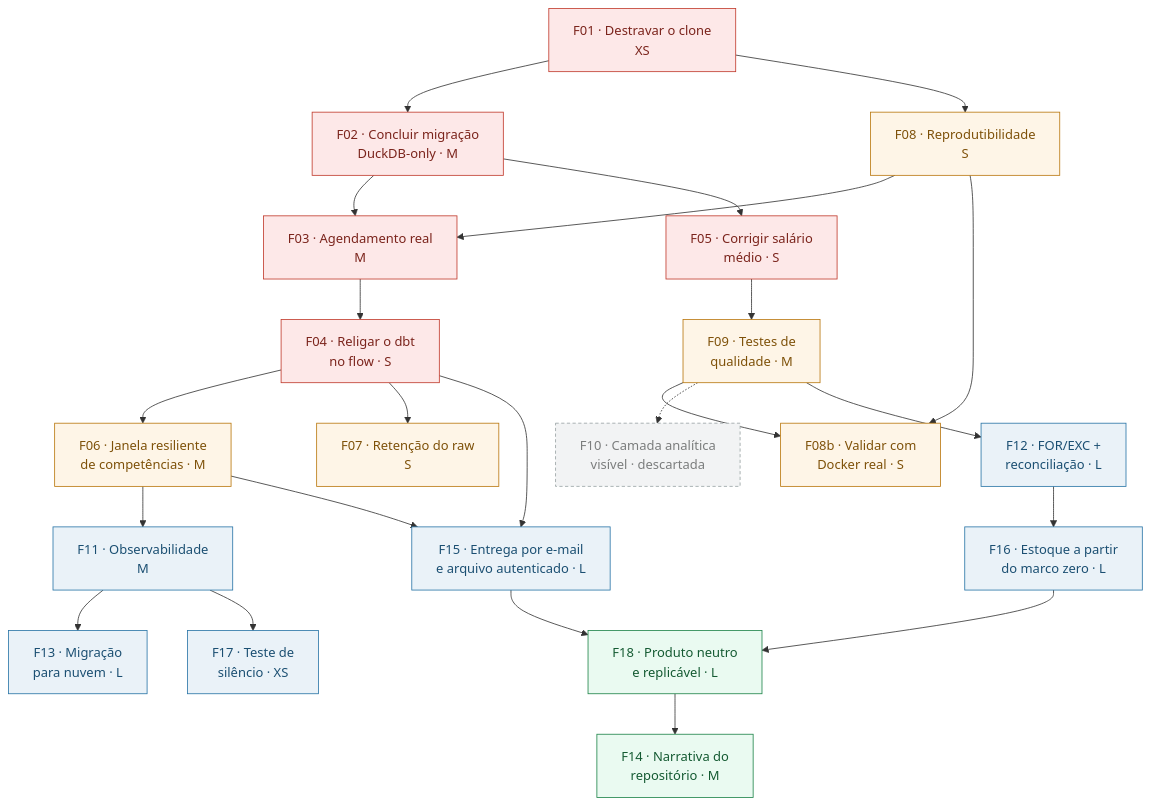
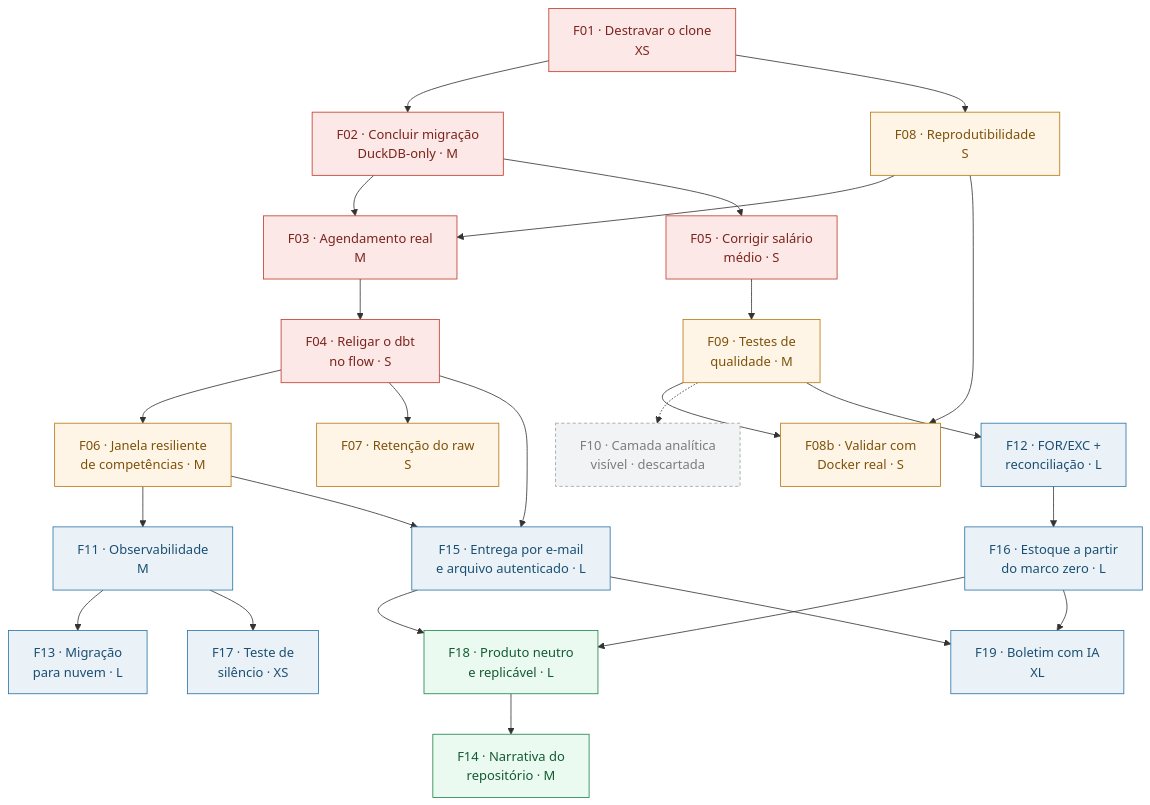
One commit to raulleninis/heco-caged-datastack changed the diagram in docs/fatias/README.md. Above: the diagram before and after it, drawn with Mermaid. The commit also changed other lines of this file and 6 other files, not shown here.

First line of the commit message:
docs: Roteiro do boletim com IA e F19 (PydanticAI, OpenRouter)

````diff
--- a/docs/fatias/README.md
+++ b/docs/fatias/README.md
@@ -13,36 +13,38 @@
 ```mermaid
 flowchart TD
     F01["F01 · Destravar o clone<br/>XS"] --> F02["F02 · Concluir migração<br/>DuckDB-only · M"]
     F01 --> F08["F08 · Reprodutibilidade<br/>S"]
     F02 --> F03["F03 · Agendamento real<br/>M"]
     F08 --> F03
     F03 --> F04["F04 · Religar o dbt<br/>no flow · S"]
     F04 --> F06["F06 · Janela resiliente<br/>de competências · M"]
     F02 --> F05["F05 · Corrigir salário<br/>médio · S"]
     F05 --> F09["F09 · Testes de<br/>qualidade · M"]
     F04 --> F07["F07 · Retenção do raw<br/>S"]
     F08 --> F08b["F08b · Validar com<br/>Docker real · S"]
     F09 --> F08b
     F09 -.-> F10["F10 · Camada analítica<br/>visível · descartada"]
     F06 --> F11["F11 · Observabilidade<br/>M"]
     F09 --> F12["F12 · FOR/EXC +<br/>reconciliação · L"]
     F11 --> F13["F13 · Migração<br/>para nuvem · L"]
     F16 --> F18["F18 · Produto neutro<br/>e replicável · L"]
     F15 --> F18
+    F16 --> F19["F19 · Boletim com IA<br/>XL"]
+    F15 --> F19
     F18 --> F14["F14 · Narrativa do<br/>repositório · M"]
     F04 --> F15["F15 · Entrega por e-mail<br/>e arquivo autenticado · L"]
     F06 --> F15
     F12 --> F16["F16 · Estoque a partir<br/>do marco zero · L"]
     F11 --> F17["F17 · Teste de<br/>silêncio · XS"]
 
     classDef agora fill:#fde8e8,stroke:#c0392b,color:#7b241c
     classDef pre fill:#fef5e7,stroke:#b9770e,color:#7e5109
     classDef prod fill:#eaf2f8,stroke:#2874a6,color:#1b4f72
     classDef vitrine fill:#eafaf1,stroke:#1e8449,color:#145a32
     class F01,F02,F03,F04,F05 agora
     class F06,F07,F08,F08b,F09 pre
-    class F11,F12,F13,F15,F16,F17 prod
+    class F11,F12,F13,F15,F16,F17,F19 prod
     classDef descartada fill:#f2f3f4,stroke:#99a3a4,color:#7b7d7d,stroke-dasharray:4 3
     class F14,F18 vitrine
     class F10 descartada
 ```
````
